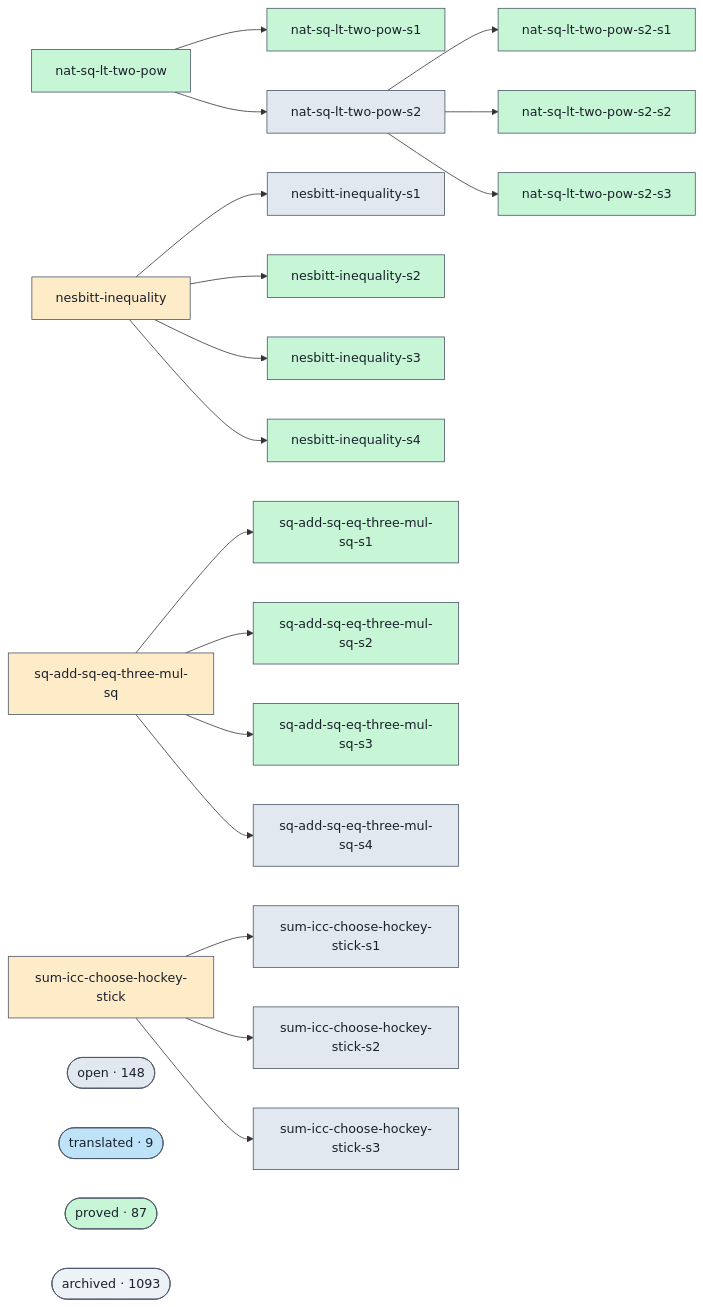
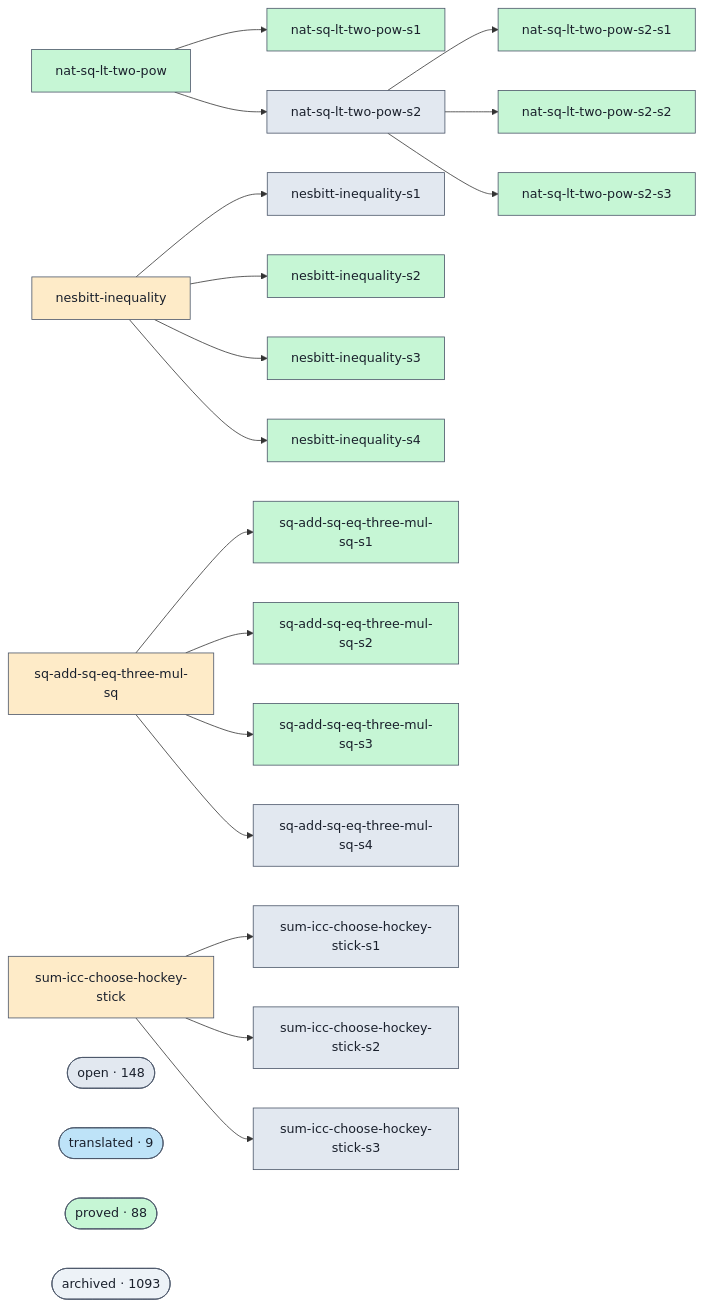
One commit to ohdearquant/unsorry changed the diagram in docs/proofs-contributors-visualisation.md. Above: the diagram before and after it, drawn with Mermaid. The commit also changed other lines of this file and 2 other files, not shown here.

```diff
--- a/docs/proofs-contributors-visualisation.md
+++ b/docs/proofs-contributors-visualisation.md
@@ -102,7 +102,7 @@
   class cluster_open open;
   cluster_translated(["translated · 9"])
   class cluster_translated translated;
-  cluster_proved(["proved · 87"])
+  cluster_proved(["proved · 88"])
   class cluster_proved proved;
   cluster_archived(["archived · 1093"])
   class cluster_archived unknown;
```
